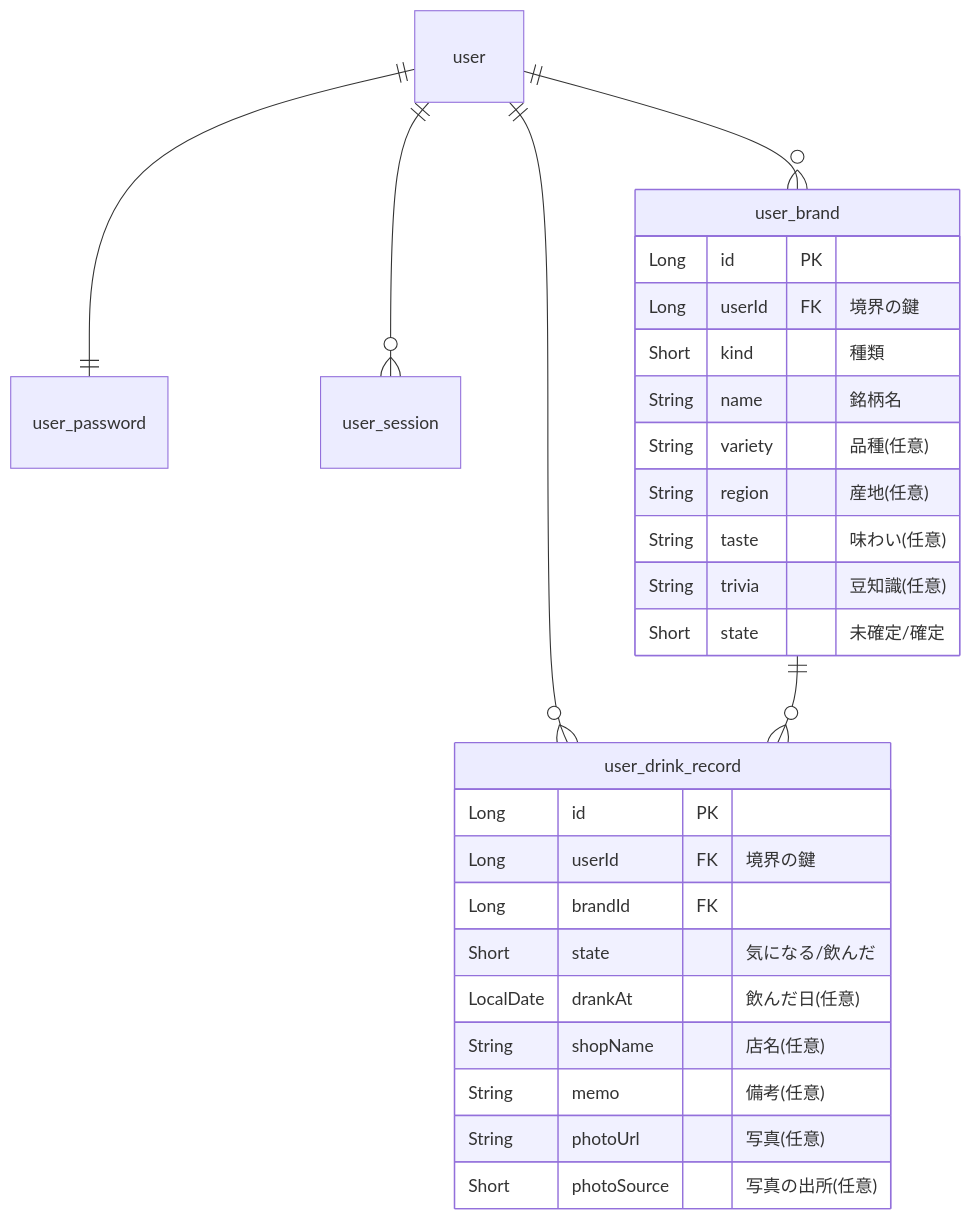
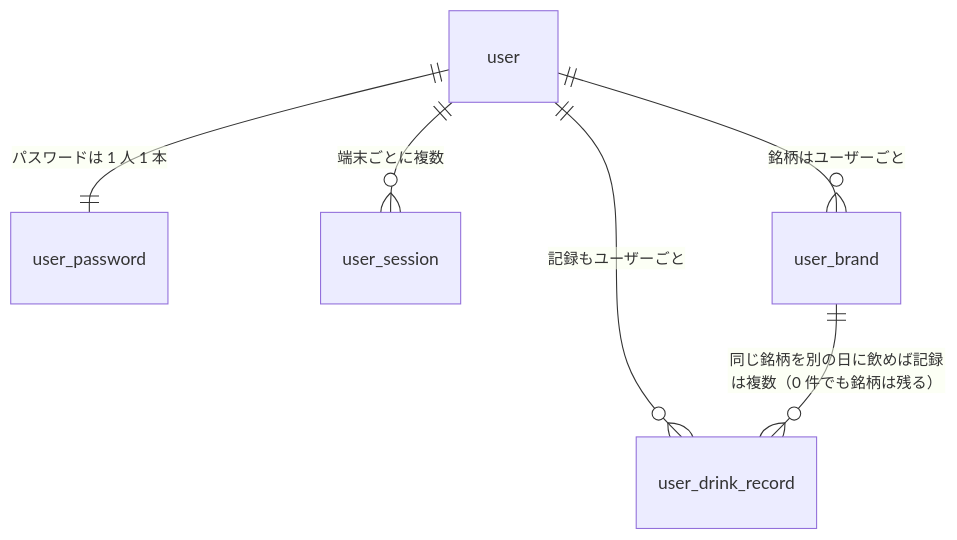
The diagram in docs/domain/drinkRecord/03_design.md (uekan-source/sake-log-app), drawn with Mermaid before and after one commit. The commit also changed other lines of this file and 2 other files, not shown here.

Commit message:
docs: 多視点レビュー（6 視点）の検証結果を反映──付け替え操作の正式化、Photo 値オブジェクト、照会失敗の受け皿、セキュリティの決めごと 6 本ほか。Q20・Q21 追加

````diff
--- a/docs/domain/drinkRecord/03_design.md
+++ b/docs/domain/drinkRecord/03_design.md
@@ -37,31 +39,8 @@
 ```mermaid
 erDiagram
-    user ||--|| user_password : ""
-    user ||--o{ user_session : ""
-    user ||--o{ user_brand : ""
-    user ||--o{ user_drink_record : ""
-    user_brand ||--o{ user_drink_record : ""
-
-    user_brand {
-        Long id PK
-        Long userId FK "境界の鍵"
-        Short kind "種類"
-        String name "銘柄名"
-        String variety "品種(任意)"
-        String region "産地(任意)"
-        String taste "味わい(任意)"
-        String trivia "豆知識(任意)"
-        Short state "未確定/確定"
-    }
-    user_drink_record {
-        Long id PK
-        Long userId FK "境界の鍵"
-        Long brandId FK
-        Short state "気になる/飲んだ"
-        LocalDate drankAt "飲んだ日(任意)"
-        String shopName "店名(任意)"
-        String memo "備考(任意)"
-        String photoUrl "写真(任意)"
-        Short photoSource "写真の出所(任意)"
-    }
+    user ||--|| user_password : "パスワードは 1 人 1 本"
+    user ||--o{ user_session : "端末ごとに複数"
+    user ||--o{ user_brand : "銘柄はユーザーごと"
+    user ||--o{ user_drink_record : "記録もユーザーごと"
+    user_brand ||--o{ user_drink_record : "同じ銘柄を別の日に飲めば記録は複数（0 件でも銘柄は残る）"
 ```
````
